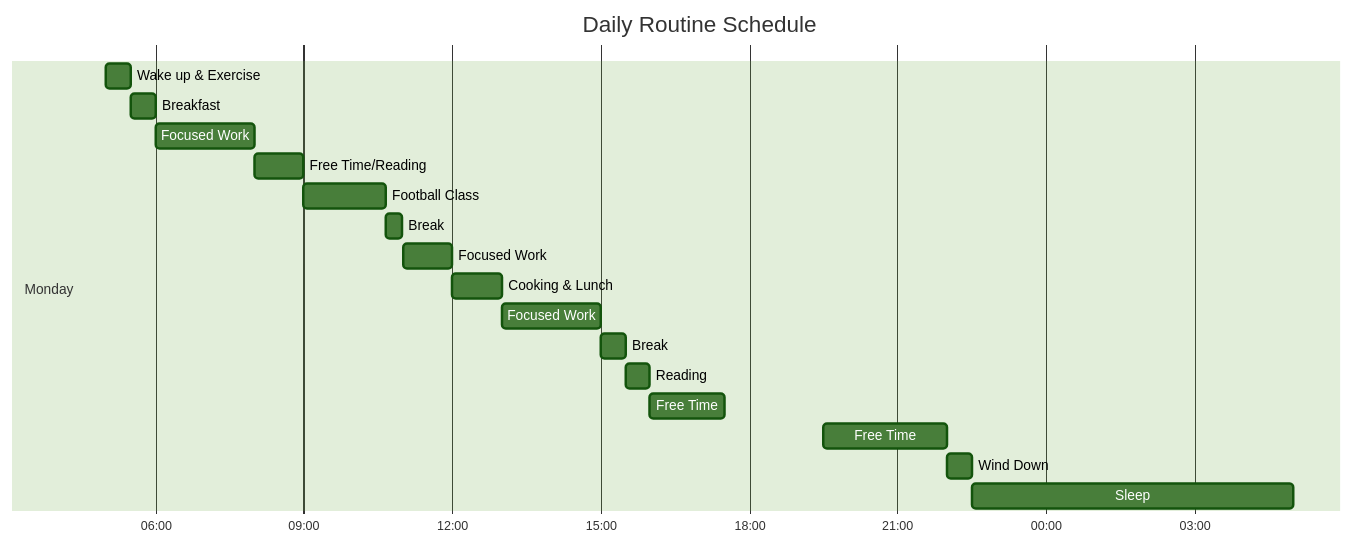
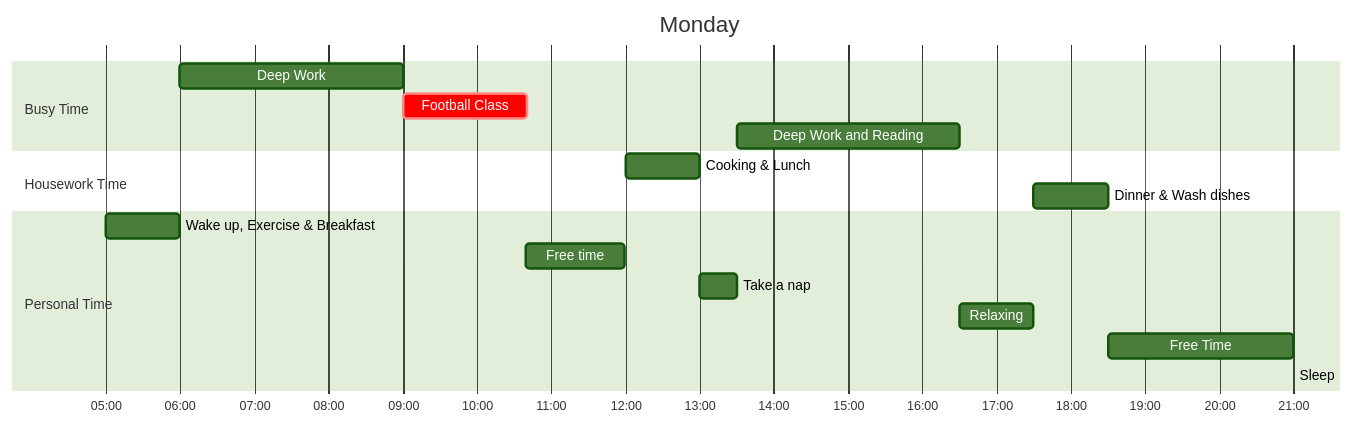
One commit to S-ROLL/notebook.maths changed the first of 7 diagrams in balance/README.md. Above: the diagram before and after it, drawn with Mermaid (forest theme). The commit also changed other lines of this file, not shown here.

````diff
--- a/balance/README.md
+++ b/balance/README.md
@@ -3,23 +3,23 @@
 ```mermaid
 gantt
-    title Daily Routine Schedule
+    title Monday
     dateFormat  HH:mm
     axisFormat  %H:%M
     
-    section Monday
-    Wake up & Exercise       :05:00, 0.5h
-    Breakfast                :05:30, 0.5h
-    Focused Work             :06:00, 2h
-    Free Time/Reading        :08:00, 1h
-    Football Class           :09:00, 1.67h
-    Break                    :10:40, 0.33h
-    Focused Work             :11:00, 1h
+    section Busy Time
+    Deep Work             :06:00, 3h
+    Football Class           : crit, 09:00, 1.67h
+    Deep Work and Reading :13:30, 3h
+
+    section Housework Time
     Cooking & Lunch          :12:00, 1h
-    Focused Work             :13:00, 2h
-    Break                    :15:00, 0.5h
-    Reading                  :15:30, 0.5h
-    Free Time                :16:00, 1.5h
-    Free Time                :19:30, 2.5h
-    Wind Down                :22:00, 0.5h
-    Sleep                    :22:30, 6.5h
+    Dinner & Wash dishes              :17:30, 1h
+
+    section Personal Time
+    Wake up, Exercise & Breakfast  :05:00, 1h
+    Free time                     :10:40, 1.33h
+    Take a nap                    :13:00, 0.5h
+    Relaxing                      :16:30, 1h
+    Free Time                     :18:30, 2.5h
+    Sleep                         :21:00
 ```
````
